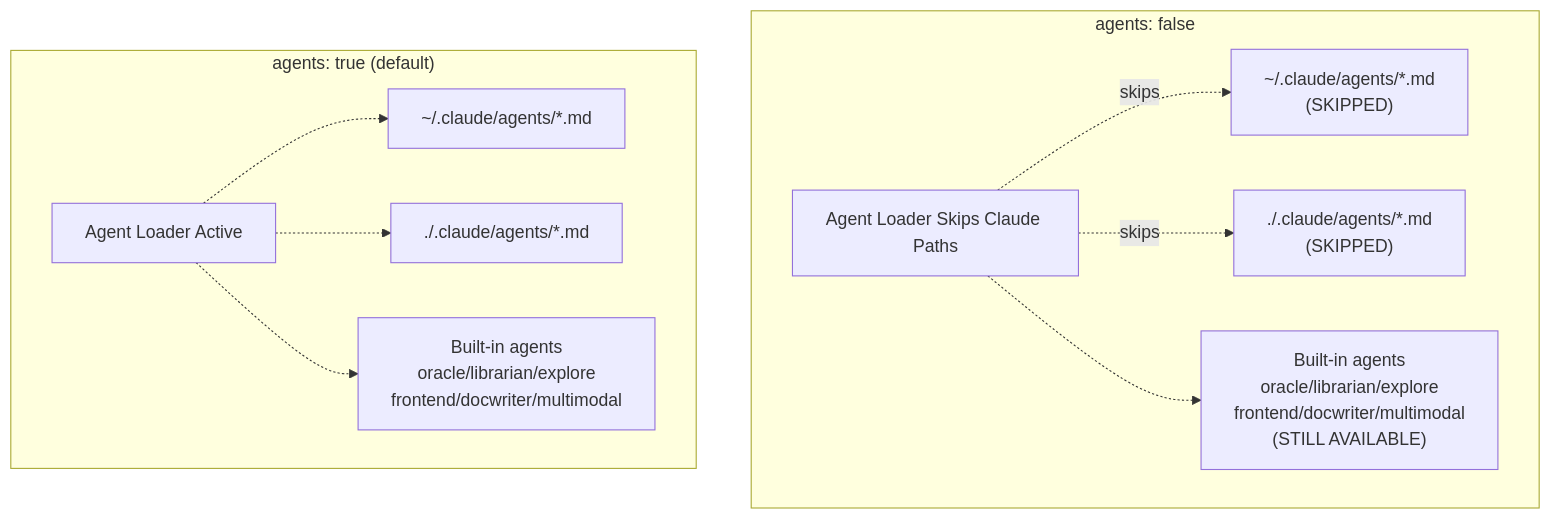
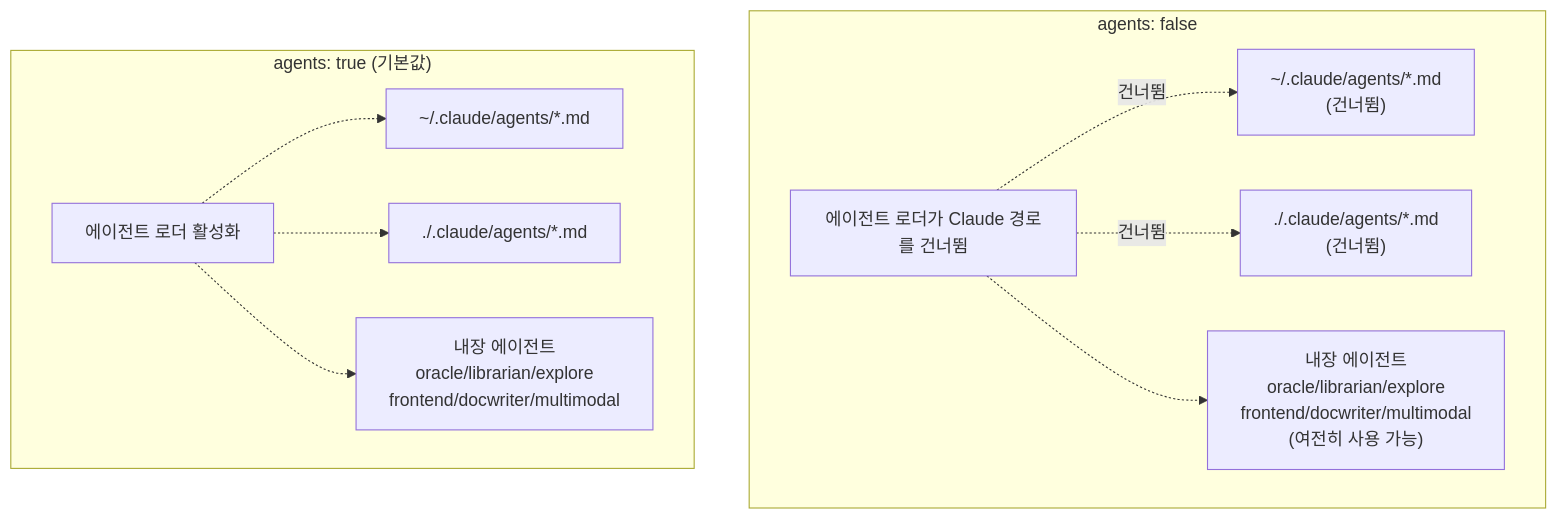
One commit to felipetruman/oh-my-opencode-docs changed the fourth of 6 diagrams in docs/compatibility/compatibility-toggles.md. Above: the diagram before and after it, drawn with Mermaid. The commit also changed other lines of this file and 76 other files, not shown here.

````diff
--- a/docs/compatibility/compatibility-toggles.md
+++ b/docs/compatibility/compatibility-toggles.md
@@ -219,32 +219,32 @@
 ```mermaid
 flowchart TD
 
-AgentDisabled["Agent Loader Skips Claude Paths"]
-UserAgents2["~/.claude/agents/*.md<br>(SKIPPED)"]
-ProjAgents2["./.claude/agents/*.md<br>(SKIPPED)"]
-BuiltinAgents2["Built-in agents<br>oracle/librarian/explore<br>frontend/docwriter/multimodal<br>(STILL AVAILABLE)"]
-AgentEnabled["Agent Loader Active"]
+AgentDisabled["에이전트 로더가 Claude 경로를 건너뜀"]
+UserAgents2["~/.claude/agents/*.md<br>(건너뜀)"]
+ProjAgents2["./.claude/agents/*.md<br>(건너뜀)"]
+BuiltinAgents2["내장 에이전트<br>oracle/librarian/explore<br>frontend/docwriter/multimodal<br>(여전히 사용 가능)"]
+AgentEnabled["에이전트 로더 활성화"]
 UserAgents["~/.claude/agents/*.md"]
 ProjAgents["./.claude/agents/*.md"]
-BuiltinAgents["Built-in agents<br>oracle/librarian/explore<br>frontend/docwriter/multimodal"]
+BuiltinAgents["내장 에이전트<br>oracle/librarian/explore<br>frontend/docwriter/multimodal"]
 
 subgraph subGraph1 ["agents: false"]
     AgentDisabled
     UserAgents2
     ProjAgents2
     BuiltinAgents2
-    AgentDisabled -.->|"skips"| UserAgents2
-    AgentDisabled -.->|"skips"| ProjAgents2
+    AgentDisabled -.->|"건너뜀"| UserAgents2
+    AgentDisabled -.->|"건너뜀"| ProjAgents2
     AgentDisabled -.-> BuiltinAgents2
 end
 
-subgraph subGraph0 ["agents: true (default)"]
+subgraph subGraph0 ["agents: true (기본값)"]
     AgentEnabled
     UserAgents
     ProjAgents
     BuiltinAgents
     AgentEnabled -.-> UserAgents
     AgentEnabled -.-> ProjAgents
     AgentEnabled -.-> BuiltinAgents
 end
 ```
````
